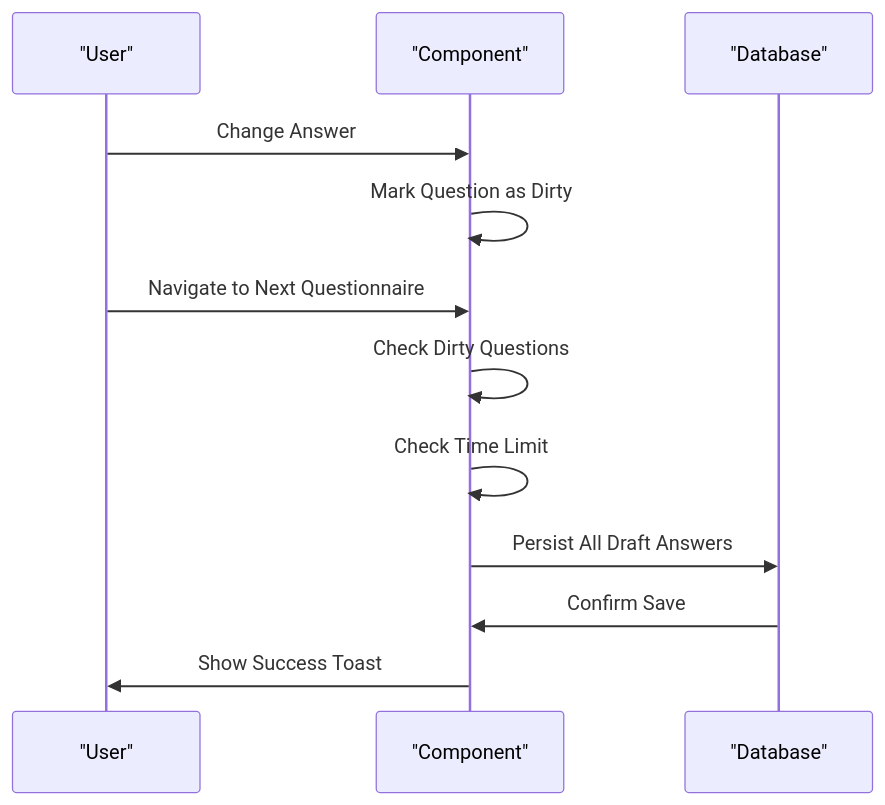
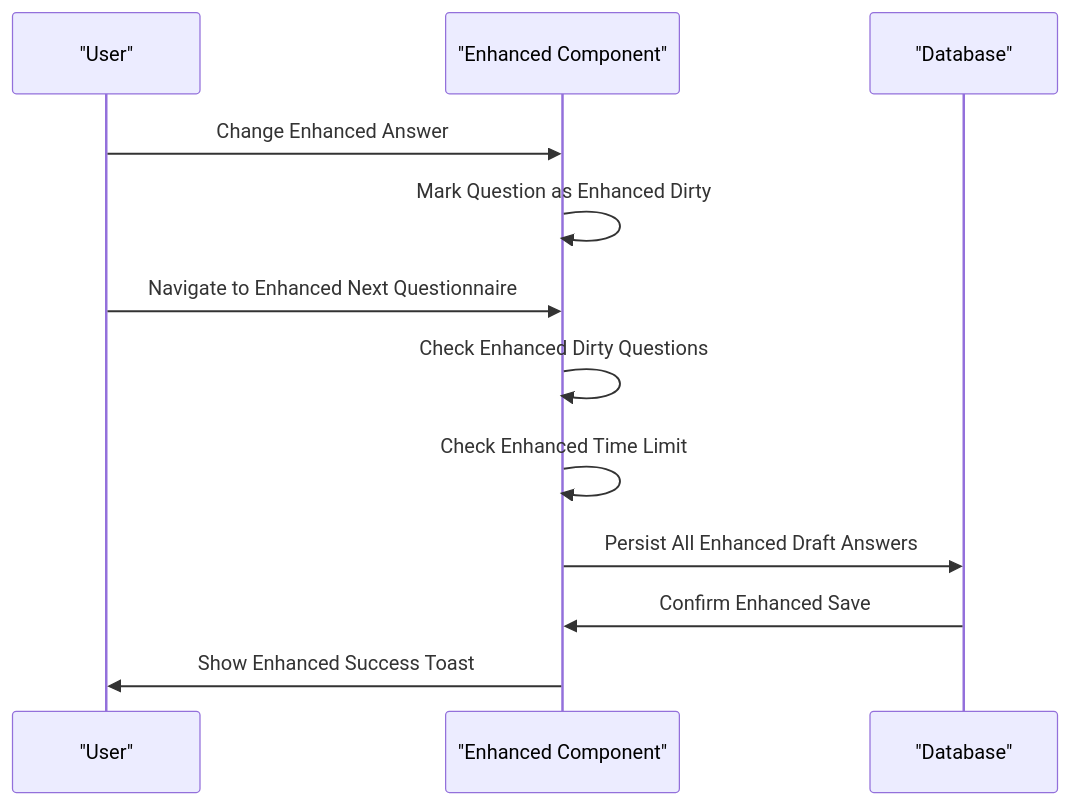
One commit to rudicatsmile/assesment360 changed the seventh of 9 diagrams in .qoder/repowiki/en/content/Core Features/Evaluation Workflows/Questionnaire Filling Interface.md. Above: the diagram before and after it, drawn with Mermaid. The commit also changed other lines of this file and 6 other files, not shown here.

````diff
--- a/.qoder/repowiki/en/content/Core Features/Evaluation Workflows/Questionnaire Filling Interface.md
+++ b/.qoder/repowiki/en/content/Core Features/Evaluation Workflows/Questionnaire Filling Interface.md
@@ -440,14 +445,14 @@
 ```mermaid
 sequenceDiagram
 participant U as "User"
-participant C as "Component"
+participant C as "Enhanced Component"
 participant D as "Database"
-U->>C : Change Answer
-C->>C : Mark Question as Dirty
-U->>C : Navigate to Next Questionnaire
-C->>C : Check Dirty Questions
-C->>C : Check Time Limit
-C->>D : Persist All Draft Answers
-D->>C : Confirm Save
-C->>U : Show Success Toast
+U->>C : Change Enhanced Answer
+C->>C : Mark Question as Enhanced Dirty
+U->>C : Navigate to Enhanced Next Questionnaire
+C->>C : Check Enhanced Dirty Questions
+C->>C : Check Enhanced Time Limit
+C->>D : Persist All Enhanced Draft Answers
+D->>C : Confirm Enhanced Save
+C->>U : Show Enhanced Success Toast
 ```
````
